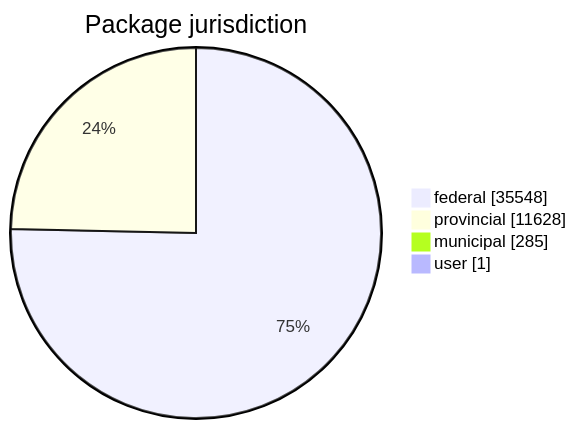
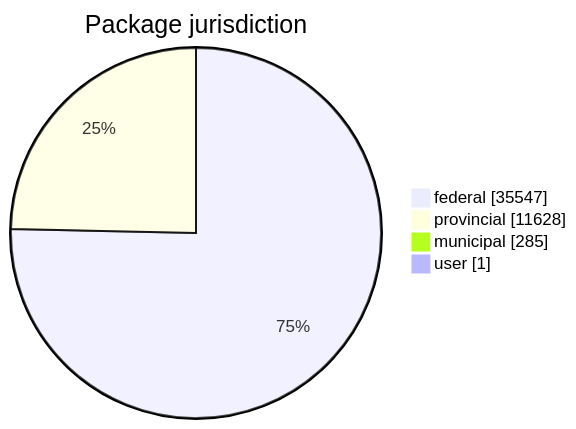
The first of 5 diagrams in FreshCheck/README.md (open-data/analytics-corporate-reporting), drawn with Mermaid before and after one commit. The commit also changed other lines of this file and 3 other files, not shown here.

````diff
--- a/FreshCheck/README.md
+++ b/FreshCheck/README.md
@@ -60,7 +60,7 @@
 ```mermaid
 pie showData title Package jurisdiction
-    "federal": 35548
+    "federal": 35547
     "provincial": 11628
     "municipal": 285
     "user": 1
 ```
````
